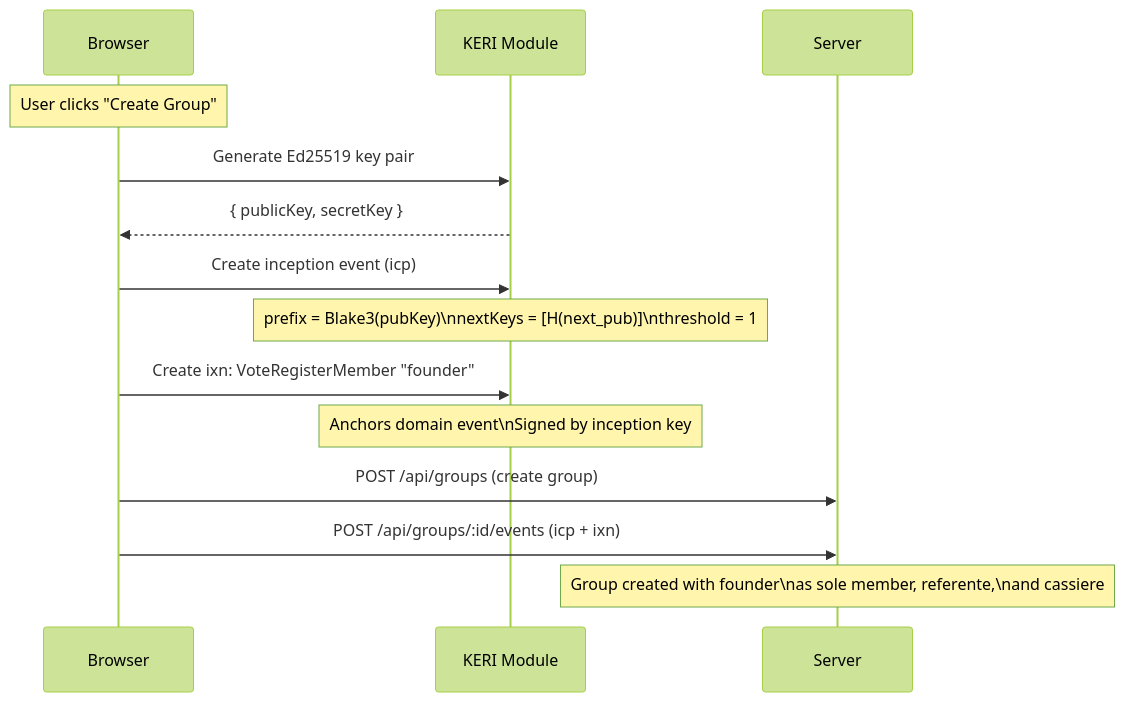
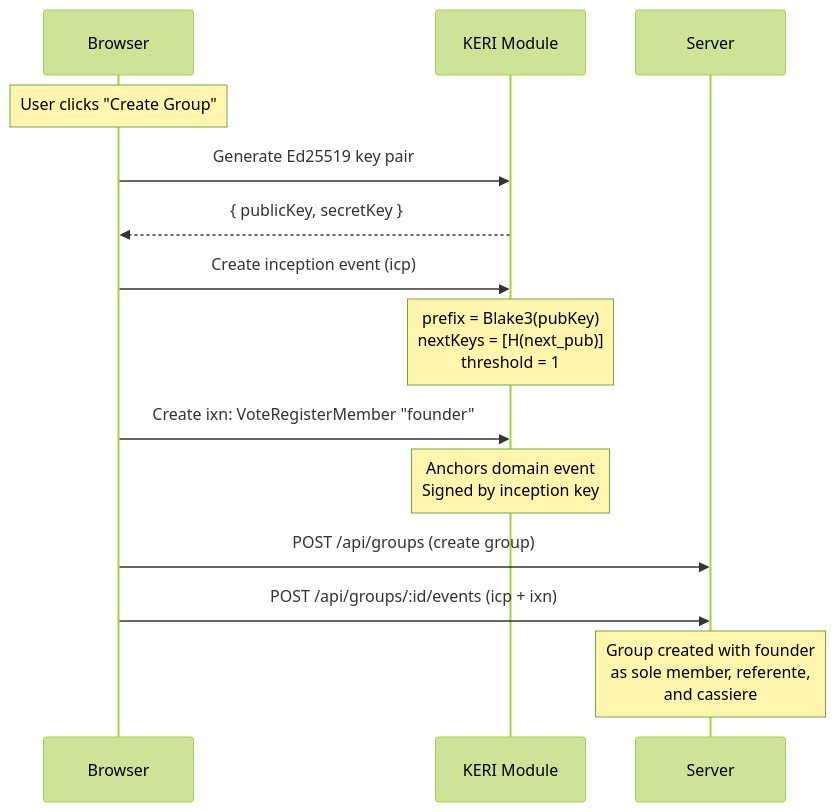
Before and after one commit to paolino/keri-coop: the sixth of 9 diagrams in docs/docs/keri-integration.md, drawn with Mermaid (forest theme). The commit also changed other lines of this file and 10 other files, not shown here.

````diff
--- a/docs/docs/keri-integration.md
+++ b/docs/docs/keri-integration.md
@@ -177,22 +177,22 @@
 ```mermaid
 sequenceDiagram
     participant B as Browser
     participant K as KERI Module
     participant S as Server
 
     Note over B: User clicks "Create Group"
 
     B->>K: Generate Ed25519 key pair
     K-->>B: { publicKey, secretKey }
 
     B->>K: Create inception event (icp)
-    Note over K: prefix = Blake3(pubKey)\nnextKeys = [H(next_pub)]\nthreshold = 1
+    Note over K: prefix = Blake3(pubKey)<br>nextKeys = [H(next_pub)]<br>threshold = 1
 
     B->>K: Create ixn: VoteRegisterMember "founder"
-    Note over K: Anchors domain event\nSigned by inception key
+    Note over K: Anchors domain event<br>Signed by inception key
 
     B->>S: POST /api/groups (create group)
     B->>S: POST /api/groups/:id/events (icp + ixn)
 
-    Note over S: Group created with founder\nas sole member, referente,\nand cassiere
+    Note over S: Group created with founder<br>as sole member, referente,<br>and cassiere
 ```
````
